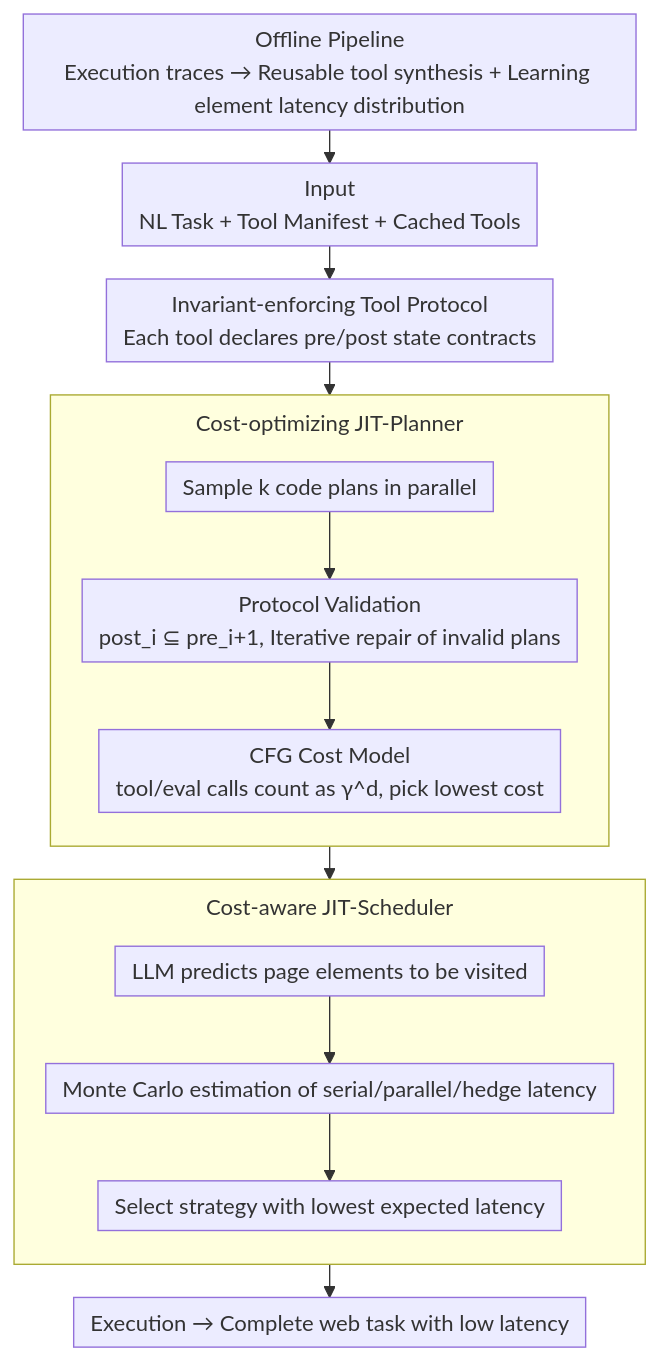
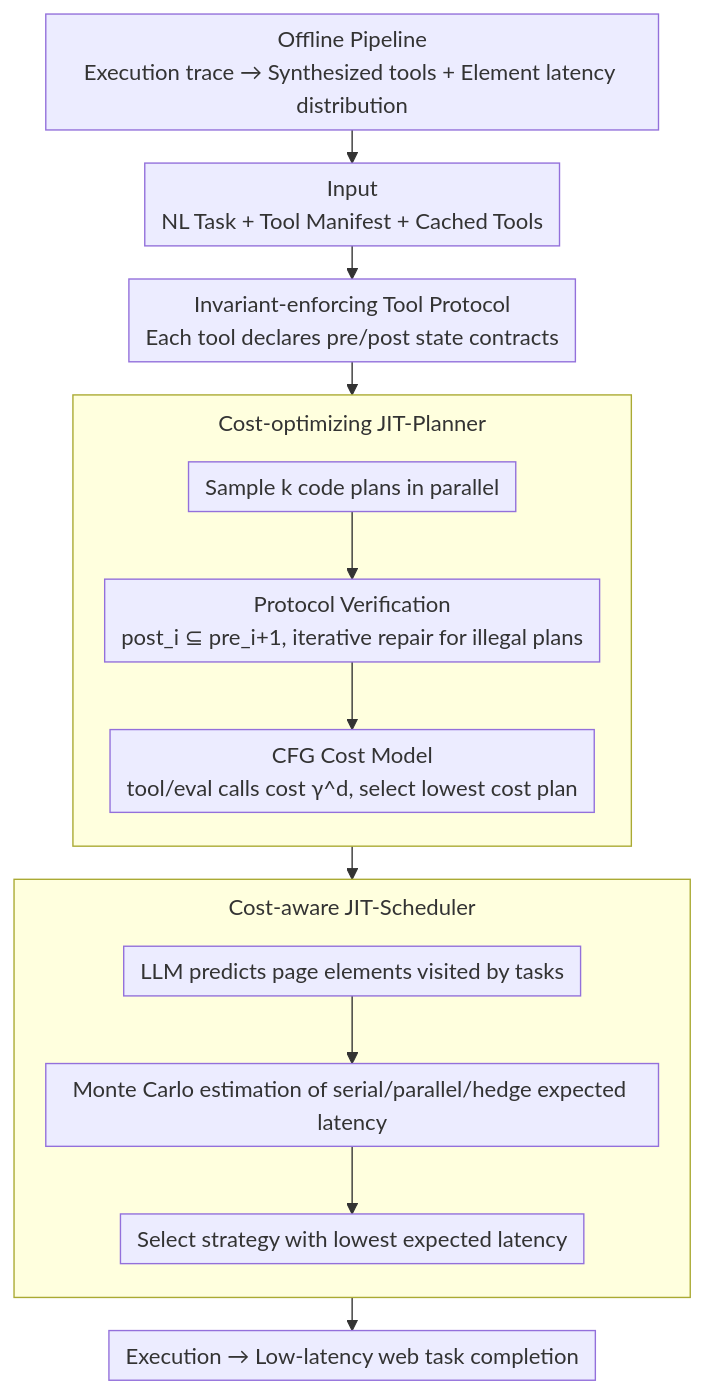
One commit to zhaoyang97/Paper-Notes-en changed the diagram in docs/ICML2026/llm_agent/agent_jit_compilation_for_latency-optimizing_web_agent_planning_and_scheduling.md. Above: the diagram before and after it, drawn with Mermaid. The commit also changed other lines of this file and 5084 other files, not shown here.

````diff
--- a/docs/ICML2026/llm_agent/agent_jit_compilation_for_latency-optimizing_web_agent_planning_and_scheduling.md
+++ b/docs/ICML2026/llm_agent/agent_jit_compilation_for_latency-optimizing_web_agent_planning_and_scheduling.md
@@ -46,19 +46,19 @@
 ```mermaid
 %%{init: {'flowchart': {'rankSpacing': 24, 'nodeSpacing': 26, 'padding': 6, 'wrappingWidth': 420, 'subGraphTitleMargin': {'top': 8, 'bottom': 16}}}}%%
 flowchart TD
-    O["Offline Pipeline<br/>Execution traces → Reusable tool synthesis + Learning element latency distribution"] --> A["Input<br/>NL Task + Tool Manifest + Cached Tools"]
+    O["Offline Pipeline<br/>Execution trace → Synthesized tools + Element latency distribution"] --> A["Input<br/>NL Task + Tool Manifest + Cached Tools"]
     A --> B["Invariant-enforcing Tool Protocol<br/>Each tool declares pre/post state contracts"]
     subgraph P["Cost-optimizing JIT-Planner"]
         direction TB
-        C["Sample k code plans in parallel"] --> D["Protocol Validation<br/>post_i ⊆ pre_i+1, Iterative repair of invalid plans"]
-        D --> E["CFG Cost Model<br/>tool/eval calls count as γ^d, pick lowest cost"]
+        C["Sample k code plans in parallel"] --> D["Protocol Verification<br/>post_i ⊆ pre_i+1, iterative repair for illegal plans"]
+        D --> E["CFG Cost Model<br/>tool/eval calls cost γ^d, select lowest cost plan"]
     end
     B --> P
     E --> Q
     subgraph Q["Cost-aware JIT-Scheduler"]
         direction TB
-        F["LLM predicts page elements to be visited"] --> G["Monte Carlo estimation of serial/parallel/hedge latency"]
+        F["LLM predicts page elements visited by tasks"] --> G["Monte Carlo estimation of serial/parallel/hedge expected latency"]
         G --> H["Select strategy with lowest expected latency"]
     end
-    Q --> I["Execution → Complete web task with low latency"]
+    Q --> I["Execution → Low-latency web task completion"]
 ```
````
